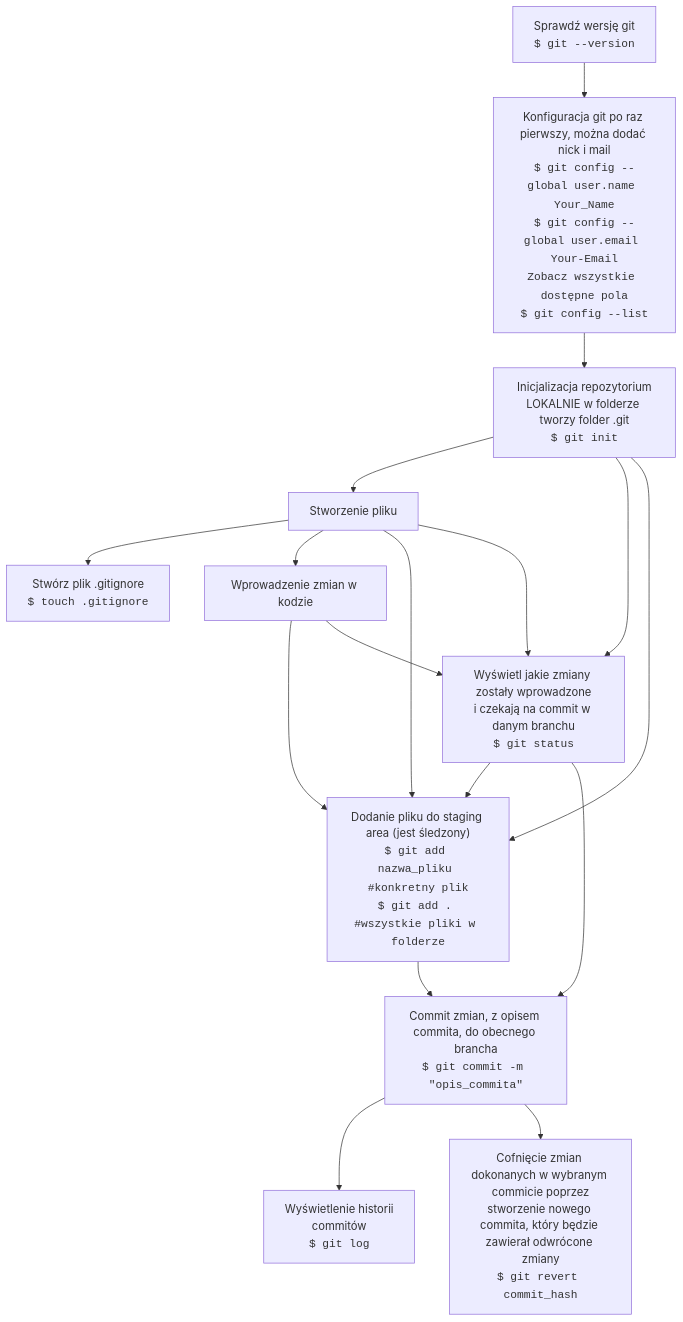
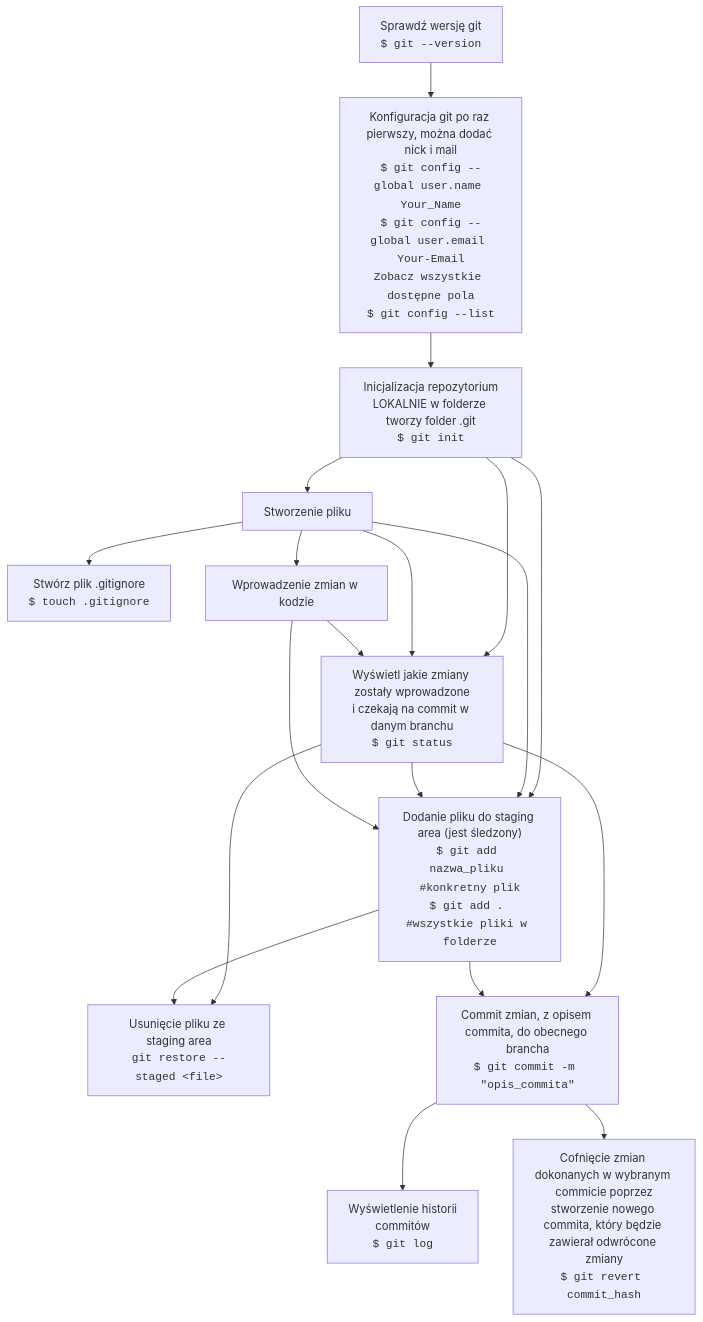
The first of 3 diagrams in git-graph.md (dankuc237/notatki), drawn with Mermaid before and after one commit. The commit also changed other lines of this file, not shown here.

Commit message:
kolejny commit

````diff
--- a/git-graph.md
+++ b/git-graph.md
@@ -3,32 +3,35 @@
 ```mermaid
 graph TB
+        SPRAWDZ_ZMIANY_W_REPO["Wyświetl jakie zmiany zostały wprowadzone<br>i czekają na commit w danym branchu<br><code>$ git status</code>"]    
         SPRAWDZ_WERSJE_GIT["Sprawdź wersję git<br><code>$ git --version</code>"]
         PIERWSZA_KONFIGURACJA_GIT["Konfiguracja git po raz pierwszy, można dodać nick i mail<br><code>$ git config --global user.name Your_Name<br>$ git config --global user.email Your-Email<br>Zobacz wszystkie dostępne pola<br>$ git config --list</code>"]
         INICJALIZACJA_LOKALNEGO_REPO["Inicjalizacja repozytorium<br>LOKALNIE w folderze tworzy folder .git<br><code>$ git init</code>"]
+        STWÓRZ_JAKIS_PLIK["Stworzenie pliku"]
         STWÓRZ_PLIK_.GITIGNORE["Stwórz plik .gitignore<br><code>$ touch .gitignore</code>"]
-        STWÓRZ_JAKIS_PLIK["Stworzenie pliku"]
         DODAJ_PLIK_DO_STAGING_AREA["Dodanie pliku do staging area (jest śledzony)<br><code>$ git add nazwa_pliku #konkretny plik<br>$ git add . #wszystkie pliki w folderze</code>"]
-        SPRAWDZ_ZMIANY_W_REPO["Wyświetl jakie zmiany zostały wprowadzone<br>i czekają na commit w danym branchu<br><code>$ git status</code>"]    
         ZMIANA_KODU["Wprowadzenie zmian w kodzie"]
+        UNSTAGE_PLIKU["Usunięcie pliku ze staging area<br><code>git restore --staged &lt;file&gt;</code>"]
         COMMIT_ZMIAN_DO_LOKALNEGO_REPO["Commit zmian, z opisem commita, do obecnego brancha<br><code>$ git commit -m #quot;opis_commita#quot;</code>"]
         POKAZ_COMMIT_HISTORY["Wyświetlenie historii<br/>commitów<br><code>$ git log</code>"]
         COFNIJ_COMMIT["Cofnięcie zmian dokonanych w wybranym commicie poprzez<br>stworzenie nowego commita, który będzie zawierał odwrócone zmiany<br><code>$ git revert commit_hash</code>"]
-        
-        
+
         SPRAWDZ_WERSJE_GIT --> PIERWSZA_KONFIGURACJA_GIT
         PIERWSZA_KONFIGURACJA_GIT --> INICJALIZACJA_LOKALNEGO_REPO
+        INICJALIZACJA_LOKALNEGO_REPO --> SPRAWDZ_ZMIANY_W_REPO
         INICJALIZACJA_LOKALNEGO_REPO --> STWÓRZ_JAKIS_PLIK
-        INICJALIZACJA_LOKALNEGO_REPO --> SPRAWDZ_ZMIANY_W_REPO
         INICJALIZACJA_LOKALNEGO_REPO --> DODAJ_PLIK_DO_STAGING_AREA
         STWÓRZ_JAKIS_PLIK --> STWÓRZ_PLIK_.GITIGNORE
         STWÓRZ_JAKIS_PLIK --> ZMIANA_KODU
         STWÓRZ_JAKIS_PLIK --> DODAJ_PLIK_DO_STAGING_AREA
         SPRAWDZ_ZMIANY_W_REPO --> DODAJ_PLIK_DO_STAGING_AREA
         SPRAWDZ_ZMIANY_W_REPO --> COMMIT_ZMIAN_DO_LOKALNEGO_REPO
+        SPRAWDZ_ZMIANY_W_REPO --> UNSTAGE_PLIKU
         ZMIANA_KODU --> DODAJ_PLIK_DO_STAGING_AREA
         DODAJ_PLIK_DO_STAGING_AREA --> COMMIT_ZMIAN_DO_LOKALNEGO_REPO 
+        DODAJ_PLIK_DO_STAGING_AREA --> UNSTAGE_PLIKU
         COMMIT_ZMIAN_DO_LOKALNEGO_REPO --> POKAZ_COMMIT_HISTORY
         COMMIT_ZMIAN_DO_LOKALNEGO_REPO --> COFNIJ_COMMIT
         STWÓRZ_JAKIS_PLIK --> SPRAWDZ_ZMIANY_W_REPO
         ZMIANA_KODU --> SPRAWDZ_ZMIANY_W_REPO
+
 ```
````
